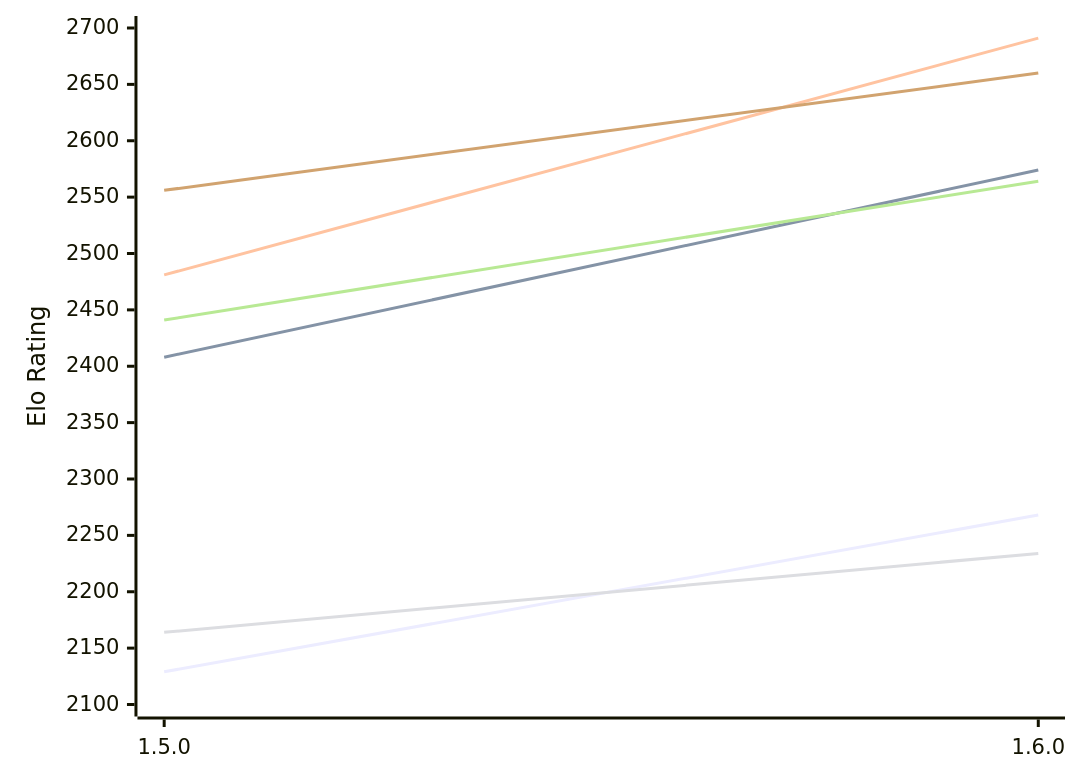
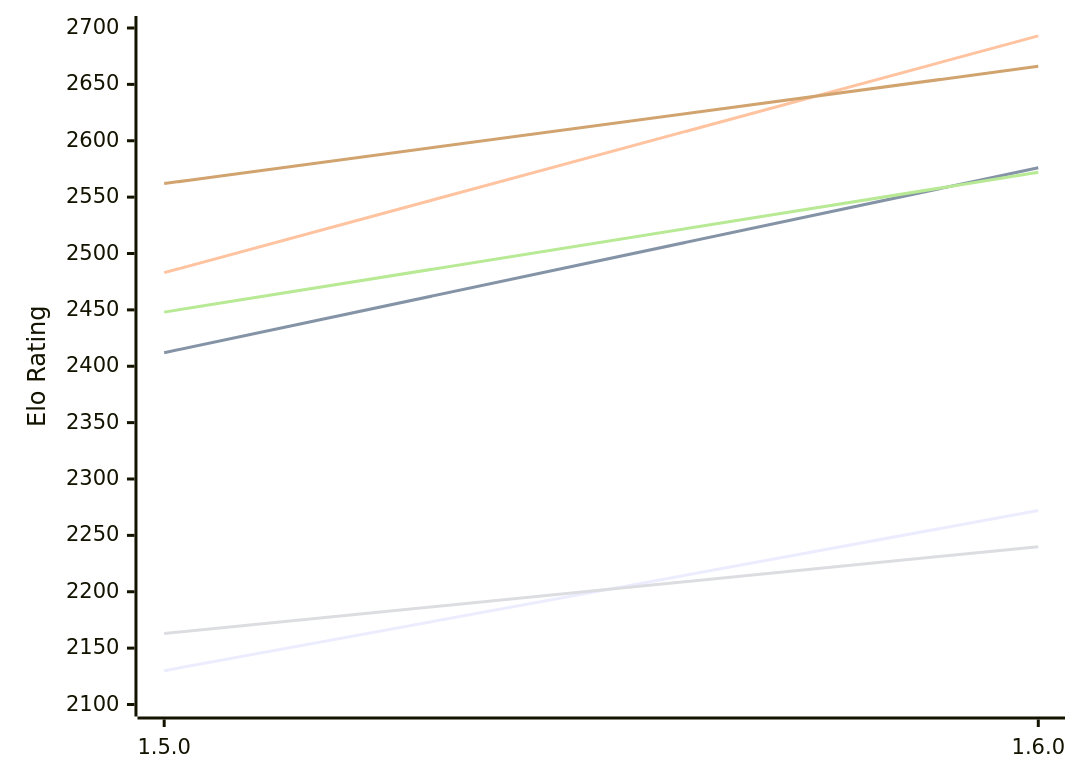
One commit to computer-chess-index/cci changed the first of 2 diagrams in engines/Tofiks.md. Above: the diagram before and after it, drawn with Mermaid. The commit also changed other lines of this file, not shown here.

Commit message:
Update CCI Ratings (ELO VLTC) - 2026-11-25

````diff
--- a/engines/Tofiks.md
+++ b/engines/Tofiks.md
@@ -51,12 +51,12 @@
 ```mermaid
 %%{init: {"theme":"base","themeVariables":{"seriesColors:['#a3a3a3','#222221','#faa371']}}}%%
 xychart-beta
   x-axis ["1.5.0", "1.6.0"]
   y-axis "Elo Rating" 2100 --> 2700
-  line "E1: STC (8.0+0.08s)" [2129, 2268]
-  line "E1: LTC (60.0+0.60s)" [2408, 2574]
-  line "E1: VLTC (2m24s+1.12s)" [2481, 2691]
-  line "P1: STC (8.0+0.08s)" [2164, 2234]
-  line "P1: LTC (60.0+0.60s)" [2441, 2564]
-  line "P1: VLTC (2m24s+1.12s)" [2556, 2660]
+  line "E1: STC (8.0+0.08s)" [2130, 2272]
+  line "E1: LTC (60.0+0.60s)" [2412, 2576]
+  line "E1: VLTC (2m24s+1.12s)" [2483, 2693]
+  line "P1: STC (8.0+0.08s)" [2163, 2240]
+  line "P1: LTC (60.0+0.60s)" [2448, 2572]
+  line "P1: VLTC (2m24s+1.12s)" [2562, 2666]
 ```
````
